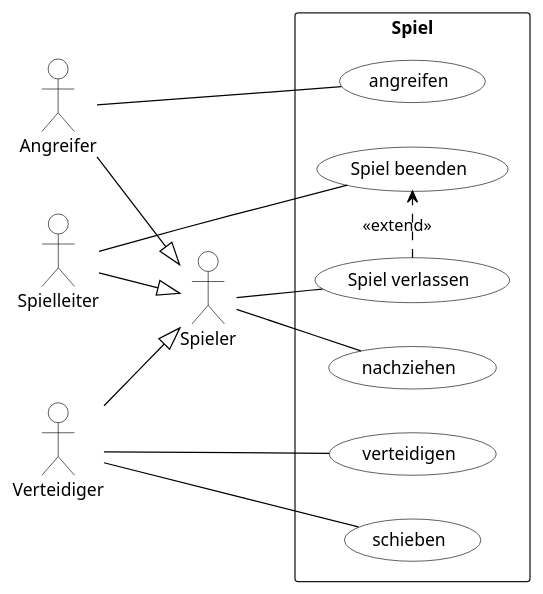
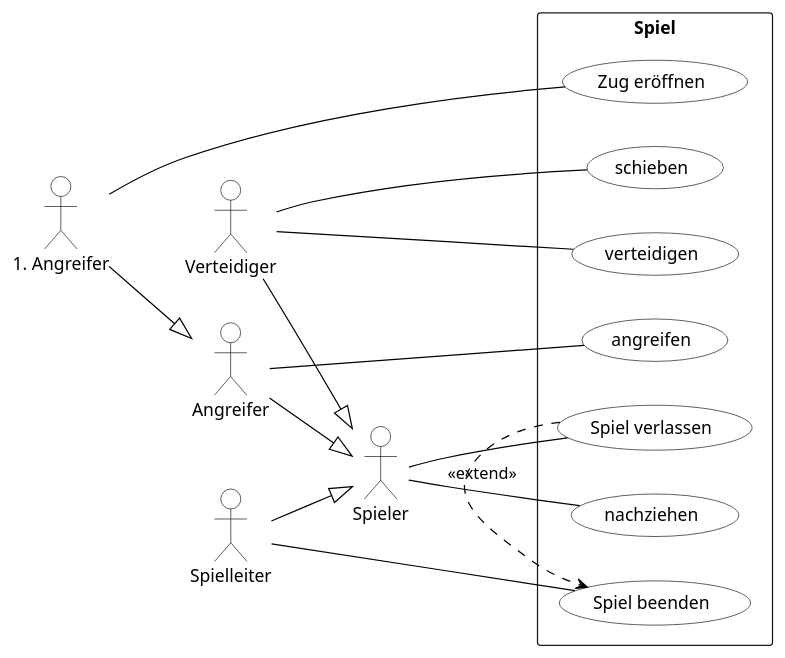
One commit to DerLurchi/Durak changed the diagram in UseCaseDiagramme/UseCase_Spiel.puml. Above: the diagram before and after it, drawn with PlantUML. The commit also changed 3 other files, not shown here.

```diff
--- a/UseCaseDiagramme/UseCase_Spiel.puml
+++ b/UseCaseDiagramme/UseCase_Spiel.puml
@@ -1,45 +1,50 @@
 @startuml
 left to right direction
 
 skinparam{
     UsecaseBackgroundColor white
     UsecaseBorderColor black
 
     ArrowColor black
 
     Shadowing false
 
     ActorBackgroundColor white
     ActorBorderColor black
 }
 
 actor :Spieler: as Spieler
 actor :Angreifer: as Angreifer
 actor :Verteidiger: as Verteidiger
 actor :Spielleiter: as Leiter
+actor :1. Angreifer: as a1
 
 
 rectangle Spiel {
+    (Zug eröffnen) as start
     (Spiel verlassen) as verlassen
     (Spiel beenden) as beenden
     (angreifen)
     (verteidigen)
     (schieben)
     (nachziehen)
 }
 
 Angreifer --|> Spieler
 Verteidiger --|> Spieler
 Leiter --|> Spieler
+a1 --|> Angreifer
 
 Spieler -- verlassen
 Spieler -- nachziehen
 Angreifer -- angreifen
 Verteidiger -- verteidigen
 Verteidiger -- schieben
 
+a1 -- start 
+
 Leiter -- beenden
 
 verlassen .> beenden : <<extend>>
 
 @enduml
```
